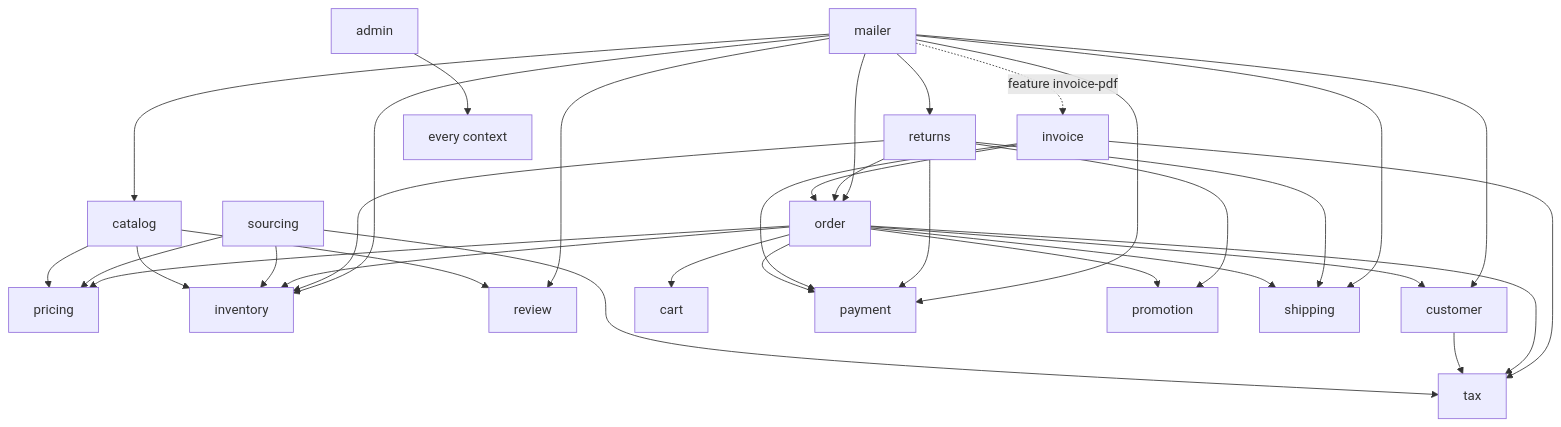
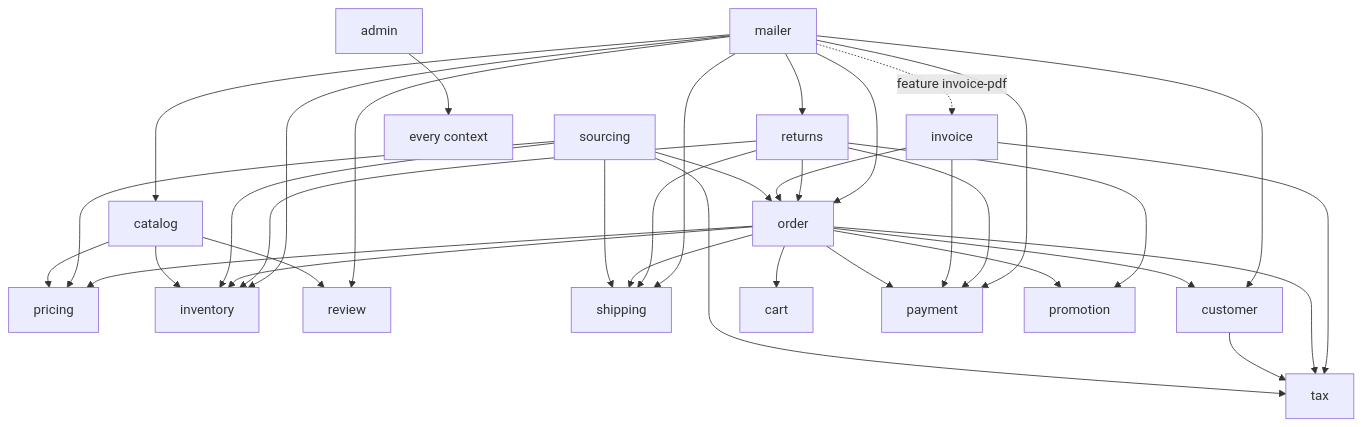
Before and after one commit to timayz/timada: the first of 2 diagrams in docs/architecture.md, drawn with Mermaid. The commit also changed other lines of this file and 30 other files, not shown here.

````diff
--- a/docs/architecture.md
+++ b/docs/architecture.md
@@ -33,12 +33,12 @@
 ```mermaid
 graph TD
     catalog --> pricing & inventory & review
-    sourcing --> pricing & inventory & tax
+    sourcing --> pricing & inventory & order & shipping & tax
     customer --> tax
     order --> cart & customer & inventory & payment & pricing & promotion & shipping & tax
     invoice --> order & payment & tax
     returns --> order & payment & inventory & promotion & shipping
     mailer --> order & payment & inventory & returns & review & customer & catalog & shipping
     mailer -. feature invoice-pdf .-> invoice
     admin --> everything[every context]
 ```
````
